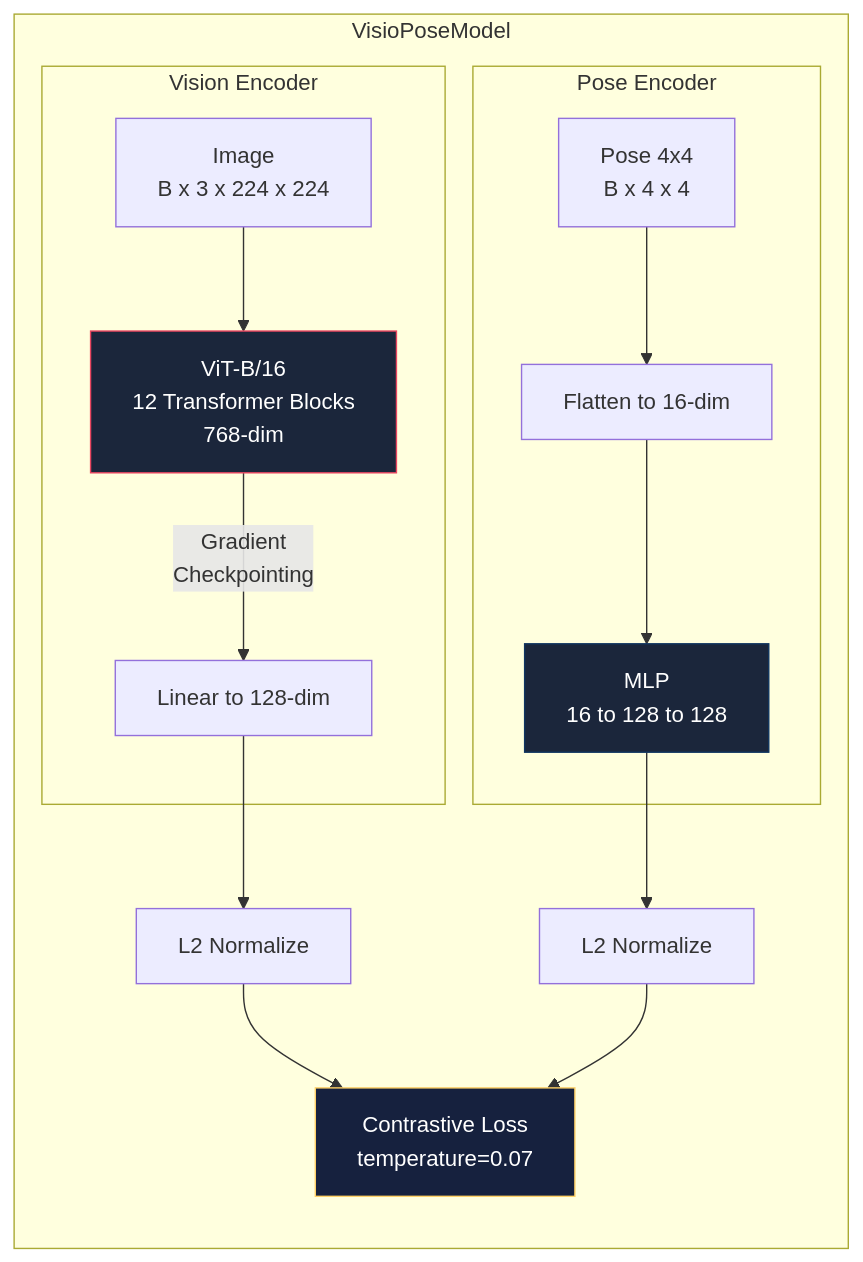
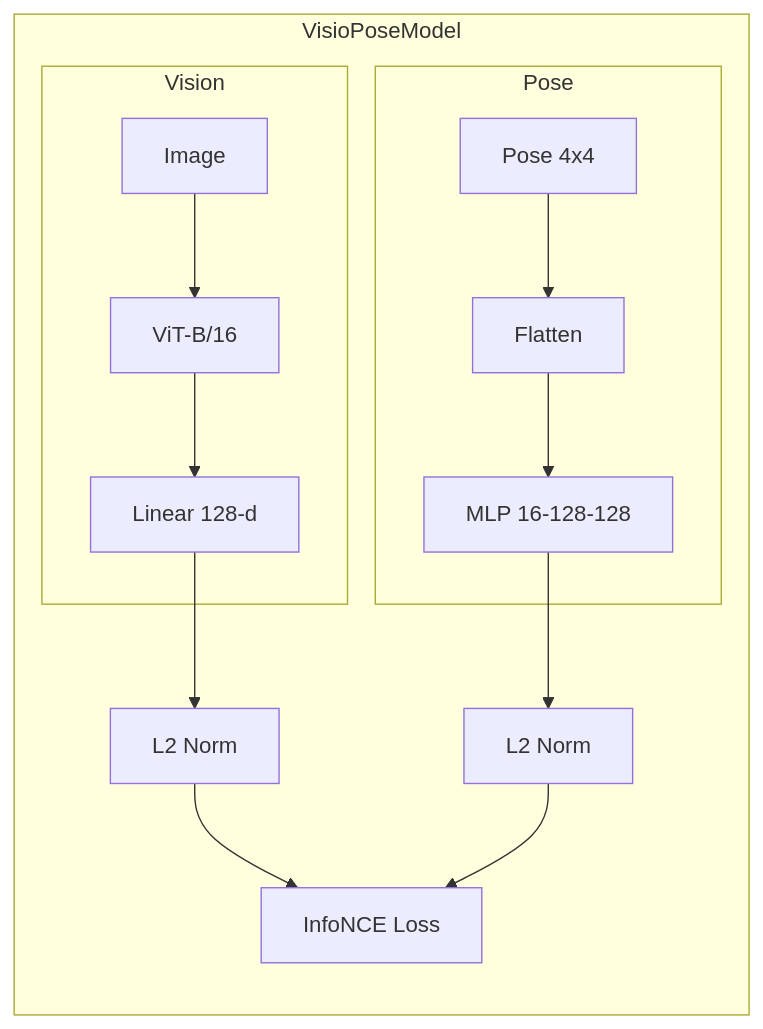
The fourth of 4 diagrams in README.md (ThilakShekharShriyan/GeoScale), drawn with Mermaid before and after one commit. The commit also changed other lines of this file, not shown here.

````diff
--- a/README.md
+++ b/README.md
@@ -176,23 +141,17 @@
 ```mermaid
 flowchart LR
     subgraph VisioPoseModel
-        subgraph "Vision Encoder"
-            A["Image\nB x 3 x 224 x 224"] --> B["ViT-B/16\n12 Transformer Blocks\n768-dim"]
-            B -->|"Gradient\nCheckpointing"| C["Linear to 128-dim"]
+        subgraph "Vision"
+            A["Image"] --> B["ViT-B/16"]
+            B --> C["Linear 128-d"]
         end
-
-        subgraph "Pose Encoder"
-            D["Pose 4x4\nB x 4 x 4"] --> E["Flatten to 16-dim"]
-            E --> F["MLP\n16 to 128 to 128"]
+        subgraph "Pose"
+            D["Pose 4x4"] --> E["Flatten"]
+            E --> F["MLP 16-128-128"]
         end
-
-        C --> G["L2 Normalize"]
-        F --> H["L2 Normalize"]
-        G --> I["Contrastive Loss\ntemperature=0.07"]
+        C --> G["L2 Norm"]
+        F --> H["L2 Norm"]
+        G --> I["InfoNCE Loss"]
         H --> I
     end
-
-    style B fill:#1b263b,stroke:#e94560,color:#fff
-    style F fill:#1b263b,stroke:#0f3460,color:#fff
-    style I fill:#16213e,stroke:#ffd166,color:#fff
 ```
````
